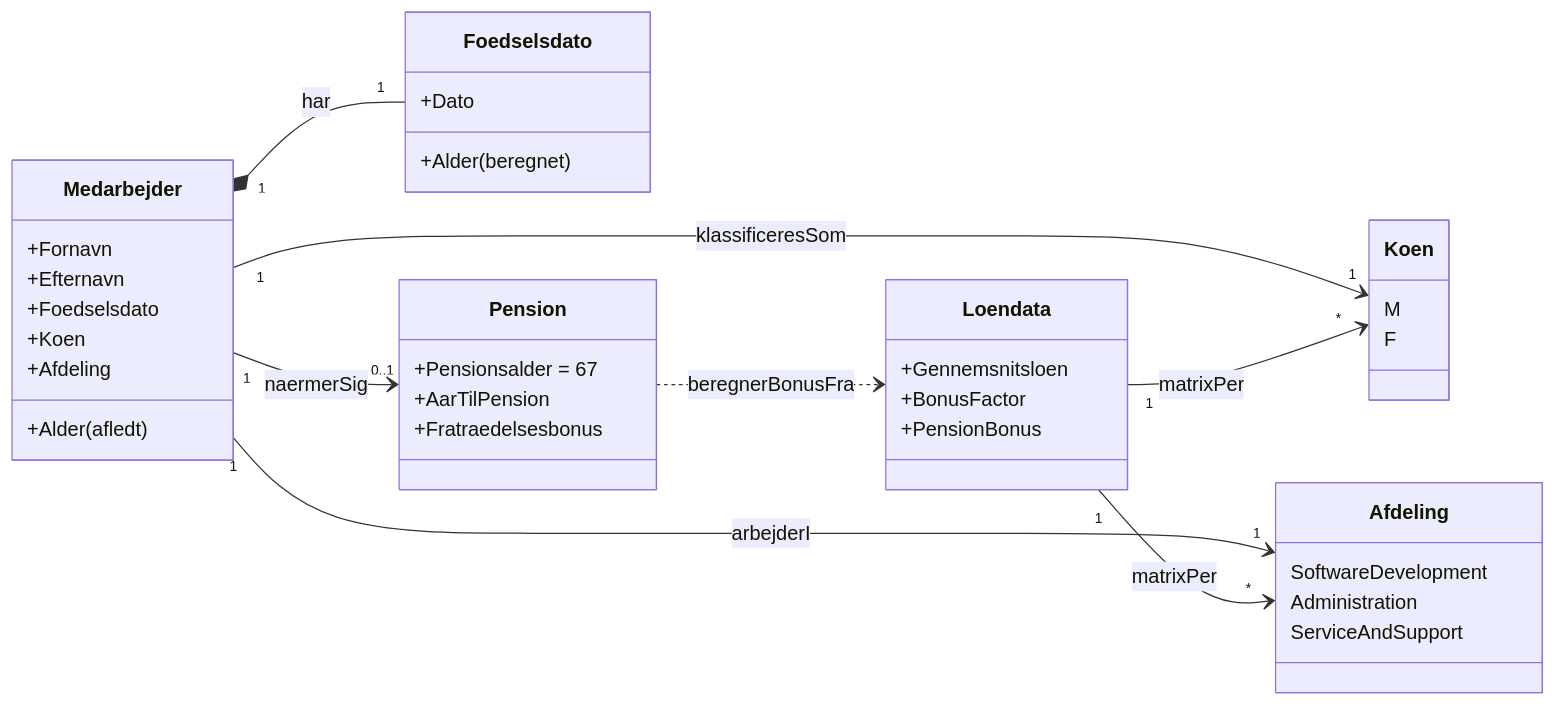
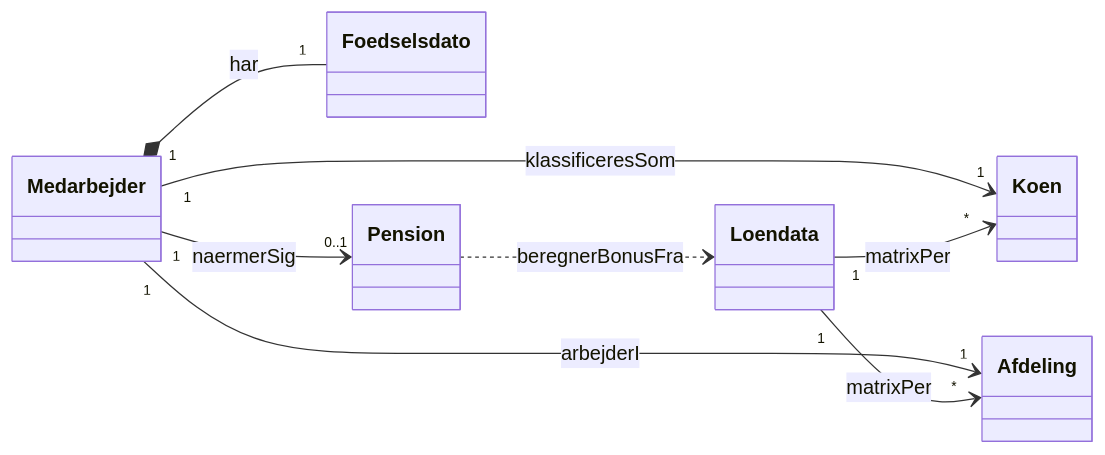
One commit to kaanxsrd/layered-service-console changed the first of 3 diagrams in diagram.md. Above: the diagram before and after it, drawn with Mermaid.

````diff
--- a/diagram.md
+++ b/diagram.md
@@ -13,49 +13,24 @@
 ```mermaid
 classDiagram
     direction LR
 
-    class Medarbejder {
-      +Fornavn
-      +Efternavn
-      +Foedselsdato
-      +Koen
-      +Afdeling
-      +Alder (afledt)
-    }
+    class Medarbejder {}
 
-    class Foedselsdato {
-      +Dato
-      +Alder (beregnet)
-    }
+    class Foedselsdato {}
 
-    class Koen {
-      M
-      F
-    }
+    class Koen {}
 
-    class Afdeling {
-      SoftwareDevelopment
-      Administration
-      ServiceAndSupport
-    }
+    class Afdeling {}
 
-    class Pension {
-      +Pensionsalder = 67
-      +AarTilPension
-      +Fratraedelsesbonus
-    }
+    class Pension { }
 
-    class Loendata {
-      +Gennemsnitsloen
-      +BonusFactor
-      +PensionBonus
-    }
+    class Loendata {}
 
     Medarbejder "1" *-- "1" Foedselsdato : har
     Medarbejder "1" --> "1" Koen : klassificeresSom
     Medarbejder "1" --> "1" Afdeling : arbejderI
     Medarbejder "1" --> "0..1" Pension : naermerSig
     Loendata "1" --> "*" Afdeling : matrixPer
     Loendata "1" --> "*" Koen : matrixPer
     Pension ..> Loendata : beregnerBonusFra
 ```
````
